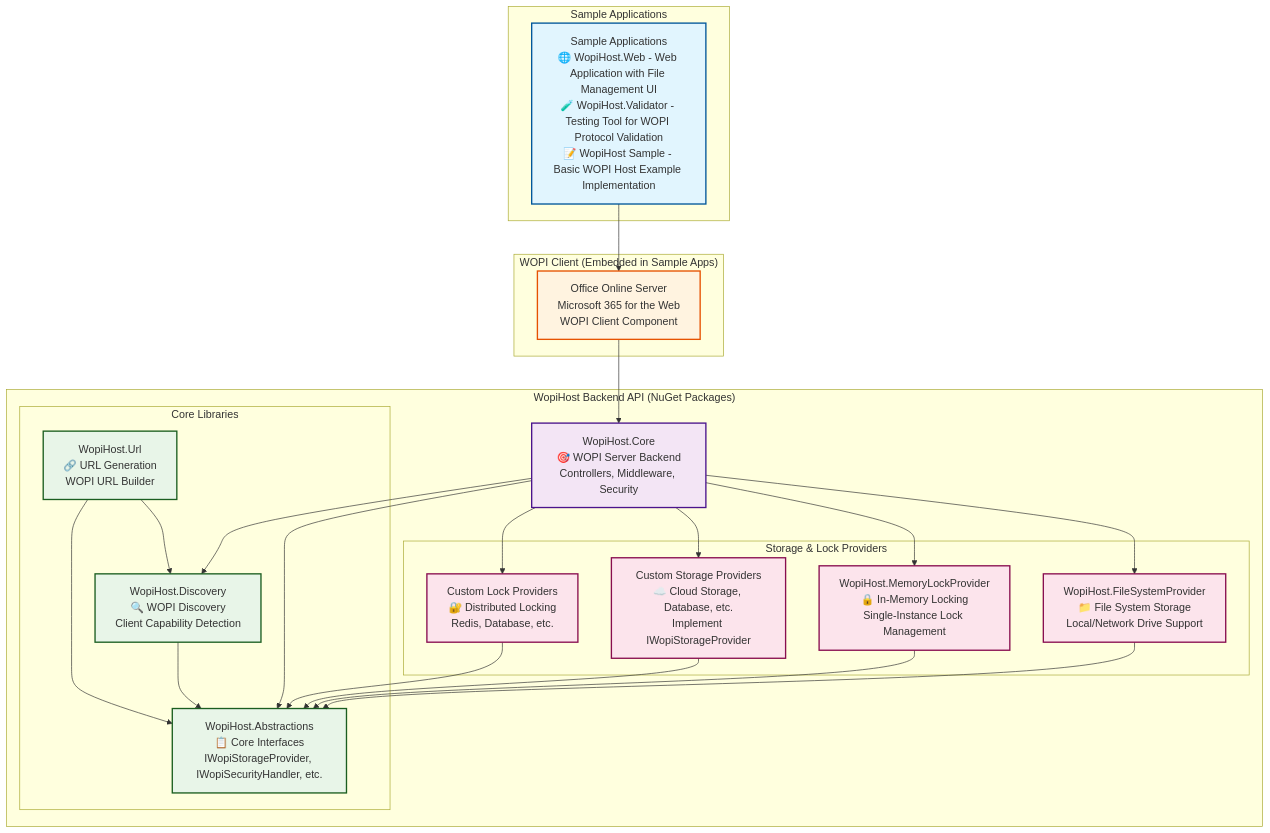
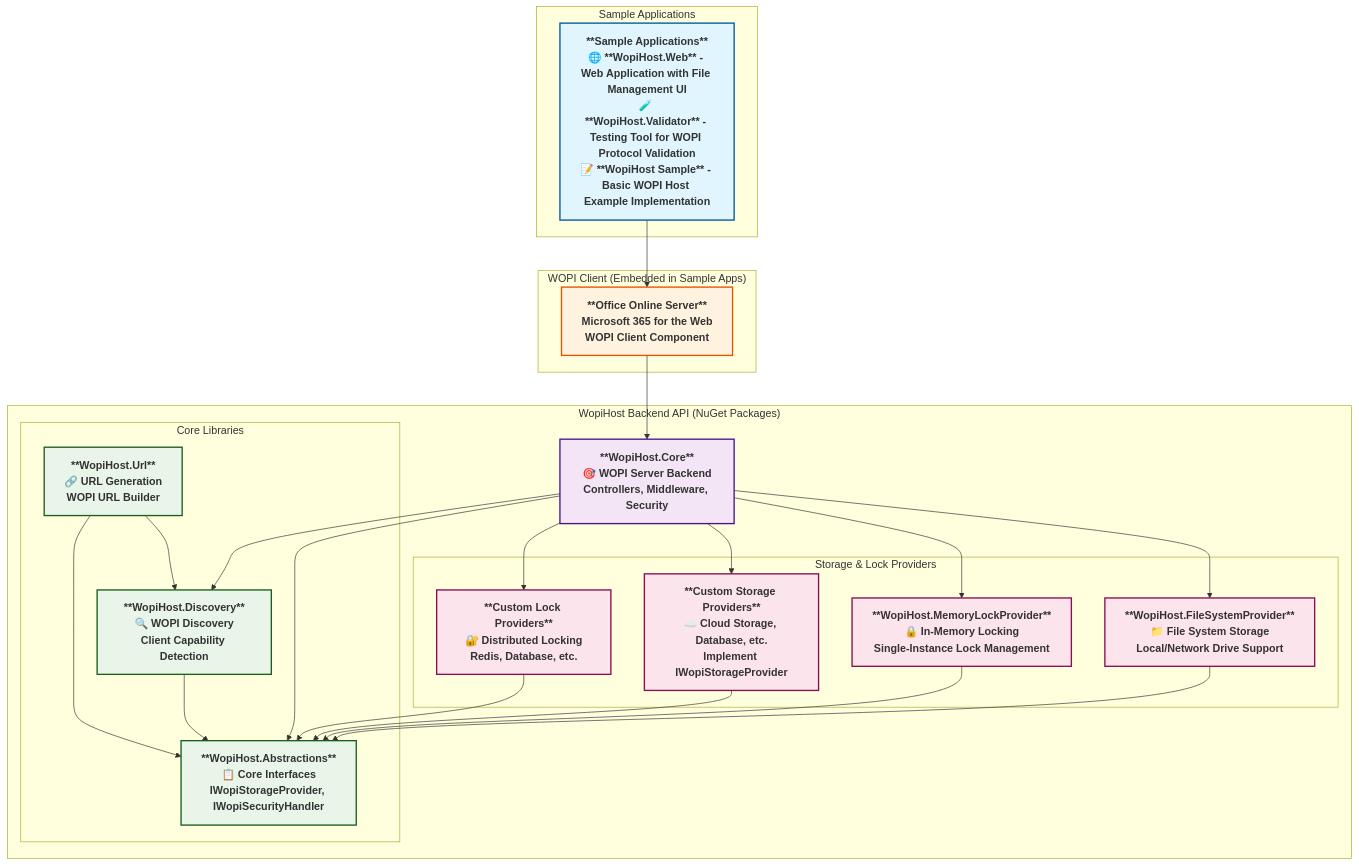
Before and after one commit to petrsvihlik/WopiHost: the diagram in README.md, drawn with Mermaid.

Commit message:
formatting

````diff
--- a/README.md
+++ b/README.md
@@ -30,67 +30,67 @@
 ```mermaid
 graph TB
     subgraph "Sample Applications"
-        SampleApps[Sample Applications<br/>🌐 WopiHost.Web - Web Application with File Management UI<br/>🧪 WopiHost.Validator - Testing Tool for WOPI Protocol Validation<br/>📝 WopiHost Sample - Basic WOPI Host Example Implementation]
+        SampleApps["**Sample Applications**<br/>🌐 **WopiHost.Web** - Web Application with File Management UI<br/>🧪 **WopiHost.Validator** - Testing Tool for WOPI Protocol Validation<br/>📝 **WopiHost Sample** - Basic WOPI Host Example Implementation"]
     end
     
     subgraph "WOPI Client (Embedded in Sample Apps)"
-        OOS[Office Online Server<br/>Microsoft 365 for the Web<br/>WOPI Client Component]
+        OOS["**Office Online Server**<br/>Microsoft 365 for the Web<br/>WOPI Client Component"]
     end
     
     subgraph "WopiHost Backend API (NuGet Packages)"
-        Core[WopiHost.Core<br/>🎯 WOPI Server Backend<br/>Controllers, Middleware, Security]
+        Core["**WopiHost.Core**<br/>🎯 WOPI Server Backend<br/>Controllers, Middleware, Security"]
         
         subgraph "Core Libraries"
-            Abstractions[WopiHost.Abstractions<br/>📋 Core Interfaces<br/>IWopiStorageProvider, IWopiSecurityHandler, etc.]
-            Discovery[WopiHost.Discovery<br/>🔍 WOPI Discovery<br/>Client Capability Detection]
-            Url[WopiHost.Url<br/>🔗 URL Generation<br/>WOPI URL Builder]
+            Abstractions["**WopiHost.Abstractions**<br/>📋 Core Interfaces<br/>IWopiStorageProvider, IWopiSecurityHandler"]
+            Discovery["**WopiHost.Discovery**<br/>🔍 WOPI Discovery<br/>Client Capability Detection"]
+            Url["**WopiHost.Url**<br/>🔗 URL Generation<br/>WOPI URL Builder"]
         end
         
         subgraph "Storage & Lock Providers"
-            FileSystem[WopiHost.FileSystemProvider<br/>📁 File System Storage<br/>Local/Network Drive Support]
-            MemoryLock[WopiHost.MemoryLockProvider<br/>🔒 In-Memory Locking<br/>Single-Instance Lock Management]
-            CustomStorage[Custom Storage Providers<br/>☁️ Cloud Storage, Database, etc.<br/>Implement IWopiStorageProvider]
-            CustomLock[Custom Lock Providers<br/>🔐 Distributed Locking<br/>Redis, Database, etc.]
+            FileSystem["**WopiHost.FileSystemProvider**<br/>📁 File System Storage<br/>Local/Network Drive Support"]
+            MemoryLock["**WopiHost.MemoryLockProvider**<br/>🔒 In-Memory Locking<br/>Single-Instance Lock Management"]
+            CustomStorage["**Custom Storage Providers**<br/>☁️ Cloud Storage, Database, etc.<br/>Implement IWopiStorageProvider"]
+            CustomLock["**Custom Lock Providers**<br/>🔐 Distributed Locking<br/>Redis, Database, etc."]
         end
     end
     
     %% Sample apps embed WOPI client
     SampleApps --> OOS
     
     %% WOPI client depends on WopiHost backend
     OOS --> Core
     
     %% Core dependencies
     Core --> Abstractions
     Core --> Discovery
     
     %% Library dependencies
     Discovery --> Abstractions
     Url --> Discovery
     Url --> Abstractions
     
     %% Provider implementations
     FileSystem --> Abstractions
     MemoryLock --> Abstractions
     CustomStorage --> Abstractions
     CustomLock --> Abstractions
     
     %% Core uses providers
     Core --> FileSystem
     Core --> MemoryLock
     Core --> CustomStorage
     Core --> CustomLock
     
     %% Styling
-    classDef sampleApp fill:#e1f5fe,stroke:#01579b,stroke-width:2px
-    classDef wopiClient fill:#fff3e0,stroke:#e65100,stroke-width:2px
-    classDef coreModule fill:#f3e5f5,stroke:#4a148c,stroke-width:2px
-    classDef libraryModule fill:#e8f5e8,stroke:#1b5e20,stroke-width:2px
-    classDef providerModule fill:#fce4ec,stroke:#880e4f,stroke-width:2px
+    classDef sampleApp fill:#e1f5fe,stroke:#01579b,stroke-width:2px,font-weight:bold
+    classDef wopiClient fill:#fff3e0,stroke:#e65100,stroke-width:2px,font-weight:bold
+    classDef coreModule fill:#f3e5f5,stroke:#4a148c,stroke-width:2px,font-weight:bold
+    classDef libraryModule fill:#e8f5e8,stroke:#1b5e20,stroke-width:2px,font-weight:bold
+    classDef providerModule fill:#fce4ec,stroke:#880e4f,stroke-width:2px,font-weight:bold
     
     class SampleApps sampleApp
     class OOS wopiClient
     class Core coreModule
     class Abstractions,Discovery,Url libraryModule
     class FileSystem,MemoryLock,CustomStorage,CustomLock providerModule
 ```
````
